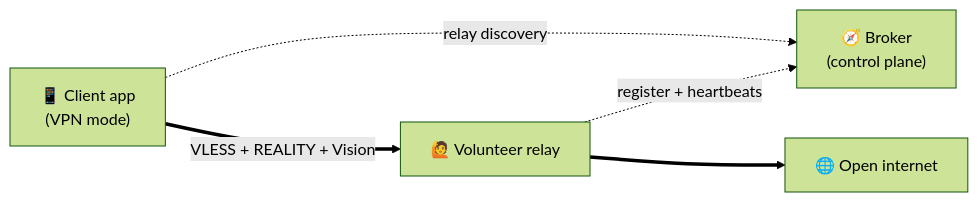
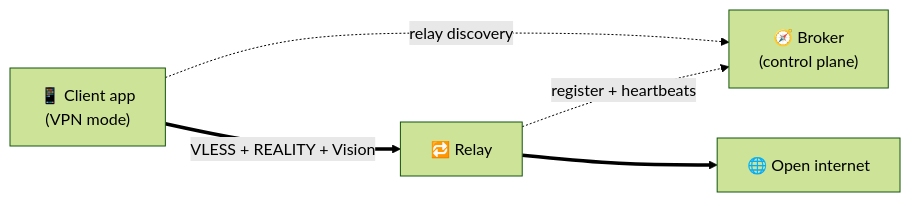
Before and after one commit to openrung/openrung: the diagram in README.md, drawn with Mermaid (forest theme). The commit also changed other lines of this file and 85 other files, not shown here.

````diff
--- a/README.md
+++ b/README.md
@@ -39,12 +39,12 @@
 ```mermaid
 flowchart LR
     client["📱 Client app<br/>(VPN mode)"]
-    volunteer["🙋 Volunteer relay"]
+    relay["🔁 Relay"]
     broker["🧭 Broker<br/>(control plane)"]
     web["🌐 Open internet"]
 
     client -. "relay discovery" .-> broker
-    volunteer -. "register + heartbeats" .-> broker
-    client == "VLESS + REALITY + Vision" ==> volunteer
-    volunteer ==> web
+    relay -. "register + heartbeats" .-> broker
+    client == "VLESS + REALITY + Vision" ==> relay
+    relay ==> web
 ```
````
